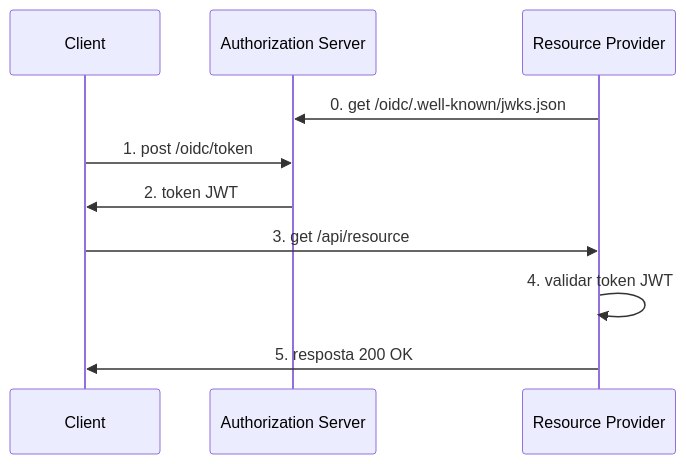
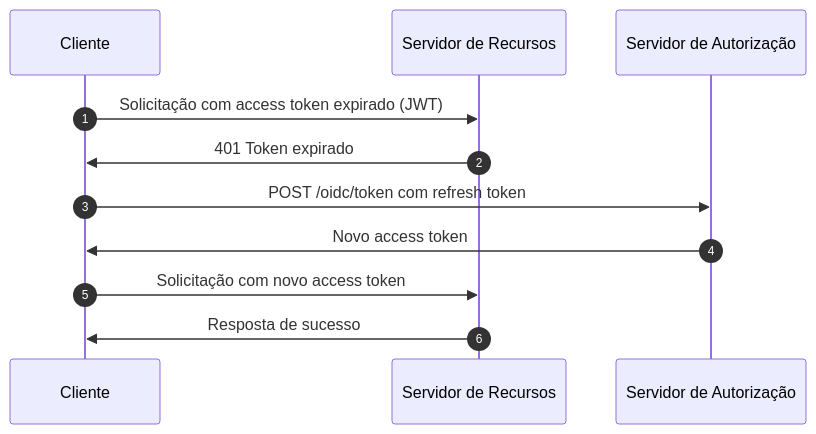
The fifth of 5 diagrams in src/content/terms/pt-br/opaque-token.mdx (logto-io/auth-wiki), drawn with Mermaid before and after one commit. The commit also changed other lines of this file and 95 other files, not shown here.

````diff
--- a/src/content/terms/pt-br/opaque-token.mdx
+++ b/src/content/terms/pt-br/opaque-token.mdx
@@ -73,16 +123,14 @@
 ```mermaid
+sequenceDiagram
+    participant Client as Cliente
+    participant RS as Servidor de Recursos
+    participant AS as Servidor de Autorização
+    autonumber
 
-sequenceDiagram
-    participant C as Client
-    participant AS as Authorization Server
-    participant RP as Resource Provider
-
-    RP ->> AS: 0. get /oidc/.well-known/jwks.json
-
-    C ->> AS: 1. post /oidc/token
-    AS ->> C: 2. token JWT
-    C ->> RP: 3. get /api/resource
-    RP ->> RP: 4. validar token JWT
-    RP ->> C: 5. resposta 200 OK
-
+    Client->>RS: Solicitação com access token expirado (JWT)
+    RS->>Client: 401 Token expirado
+    Client->>AS: POST /oidc/token com refresh token
+    AS->>Client: Novo access token
+    Client->>RS: Solicitação com novo access token
+    RS->>Client: Resposta de sucesso
 ```
````
